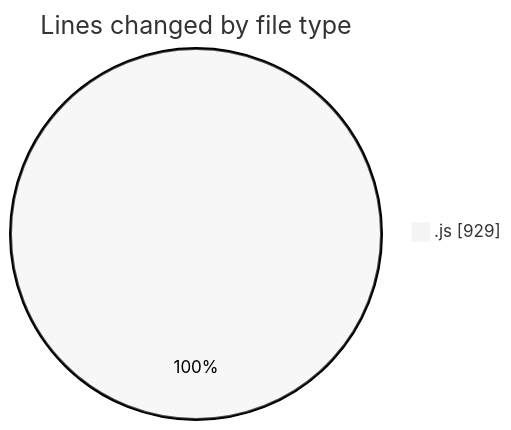
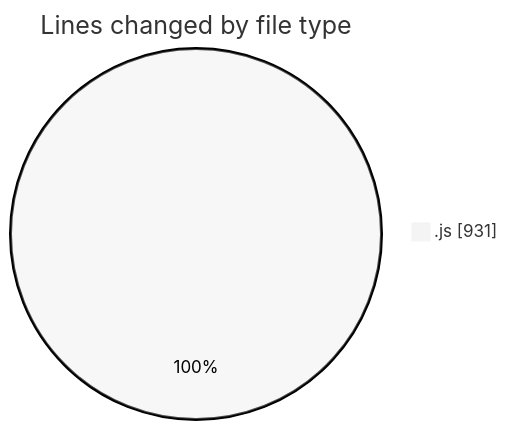
The first of 2 diagrams in 2025-11-04/nxtqube_webapp/README.md (nxtqubesakshisongat/code-tracking), drawn with Mermaid (neutral theme) before and after one commit. The commit also changed other lines of this file and 1 other file, not shown here.

````diff
--- a/2025-11-04/nxtqube_webapp/README.md
+++ b/2025-11-04/nxtqube_webapp/README.md
@@ -23,5 +23,5 @@
 ```mermaid
 pie showData
 title Lines changed by file type
-".js" : 929
+".js" : 931
 ```
````
